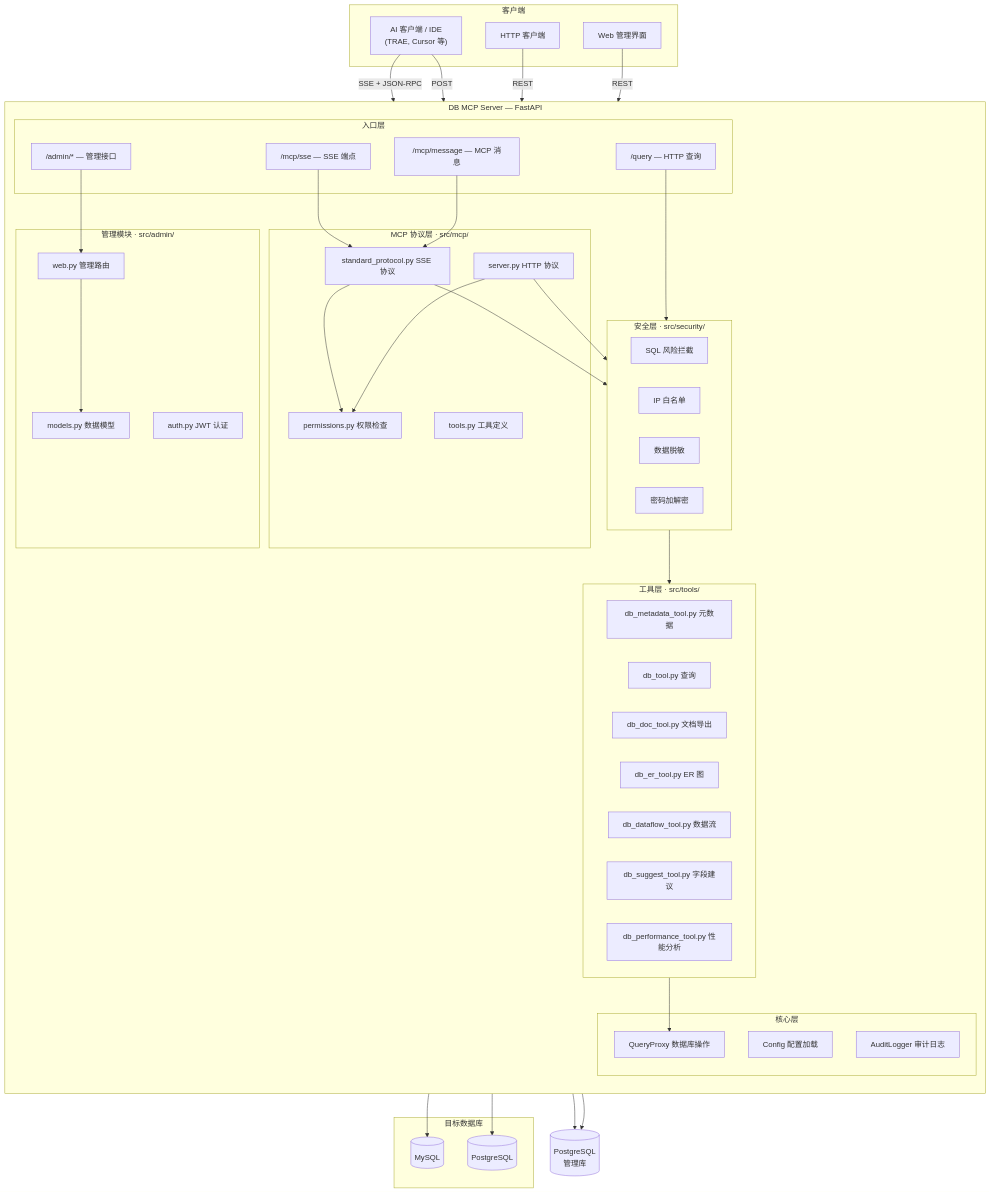
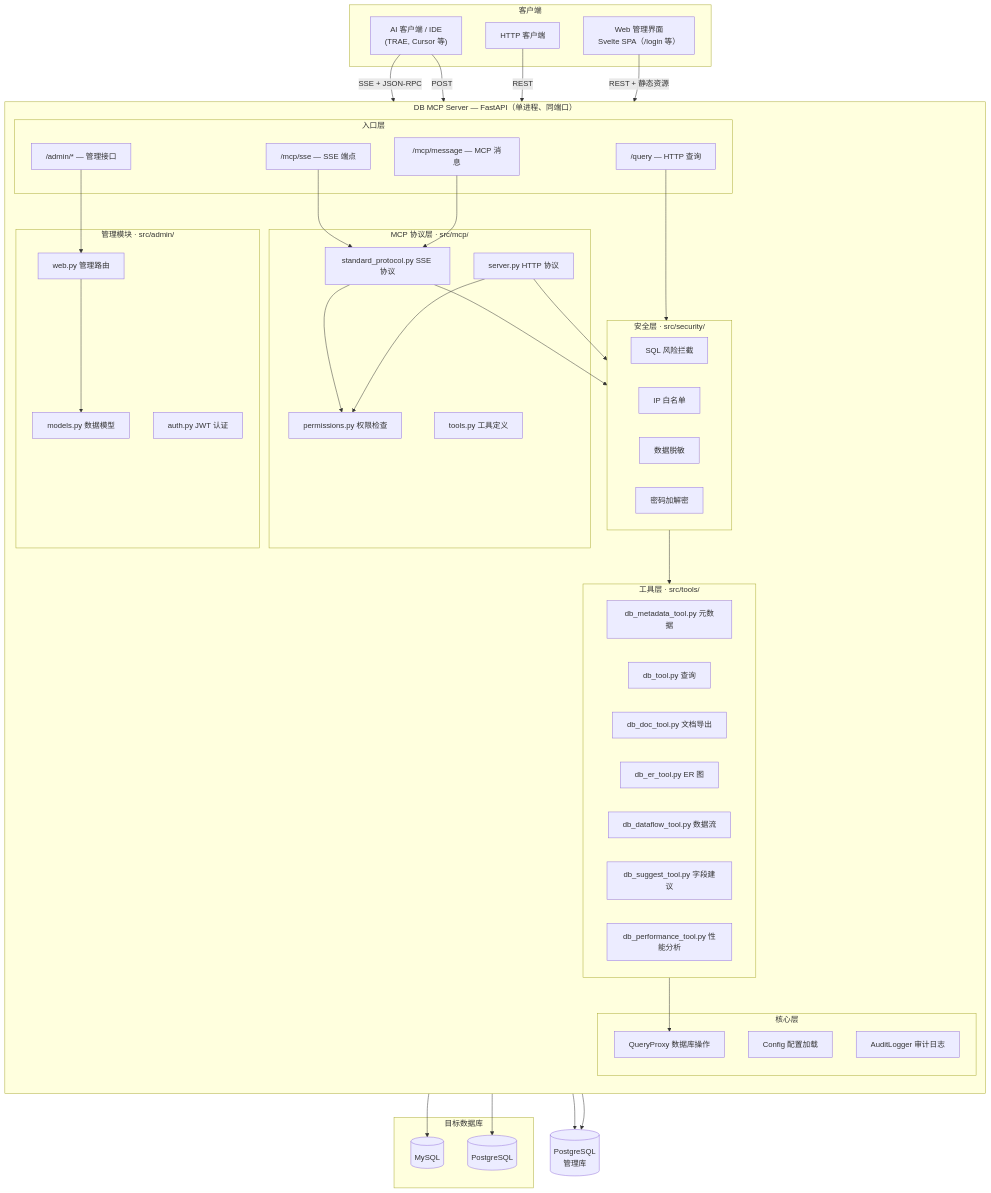
One commit to redgreat/db_mcp_server changed the diagram in README.md. Above: the diagram before and after it, drawn with Mermaid. The commit also changed other lines of this file and 4 other files, not shown here.

```diff
--- a/README.md
+++ b/README.md
@@ -20,10 +20,10 @@
     subgraph Clients["客户端"]
         AI["AI 客户端 / IDE<br/>(TRAE, Cursor 等)"]
         HTTP["HTTP 客户端"]
-        WEB["Web 管理界面"]
+        WEB["Web 管理界面<br/>Svelte SPA（/login 等）"]
     end
 
-    subgraph Server["DB MCP Server — FastAPI"]
+    subgraph Server["DB MCP Server — FastAPI（单进程、同端口）"]
         direction TB
 
         subgraph Entry["入口层"]
@@ -80,7 +80,7 @@
     AI -->|"SSE + JSON-RPC"| SSE
     AI -->|"POST"| MSG
     HTTP -->|"REST"| API
-    WEB -->|"REST"| ADMIN_API
+    WEB -->|"REST + 静态资源"| ADMIN_API
 
     SSE --> STD_PROTO
     MSG --> STD_PROTO
```
